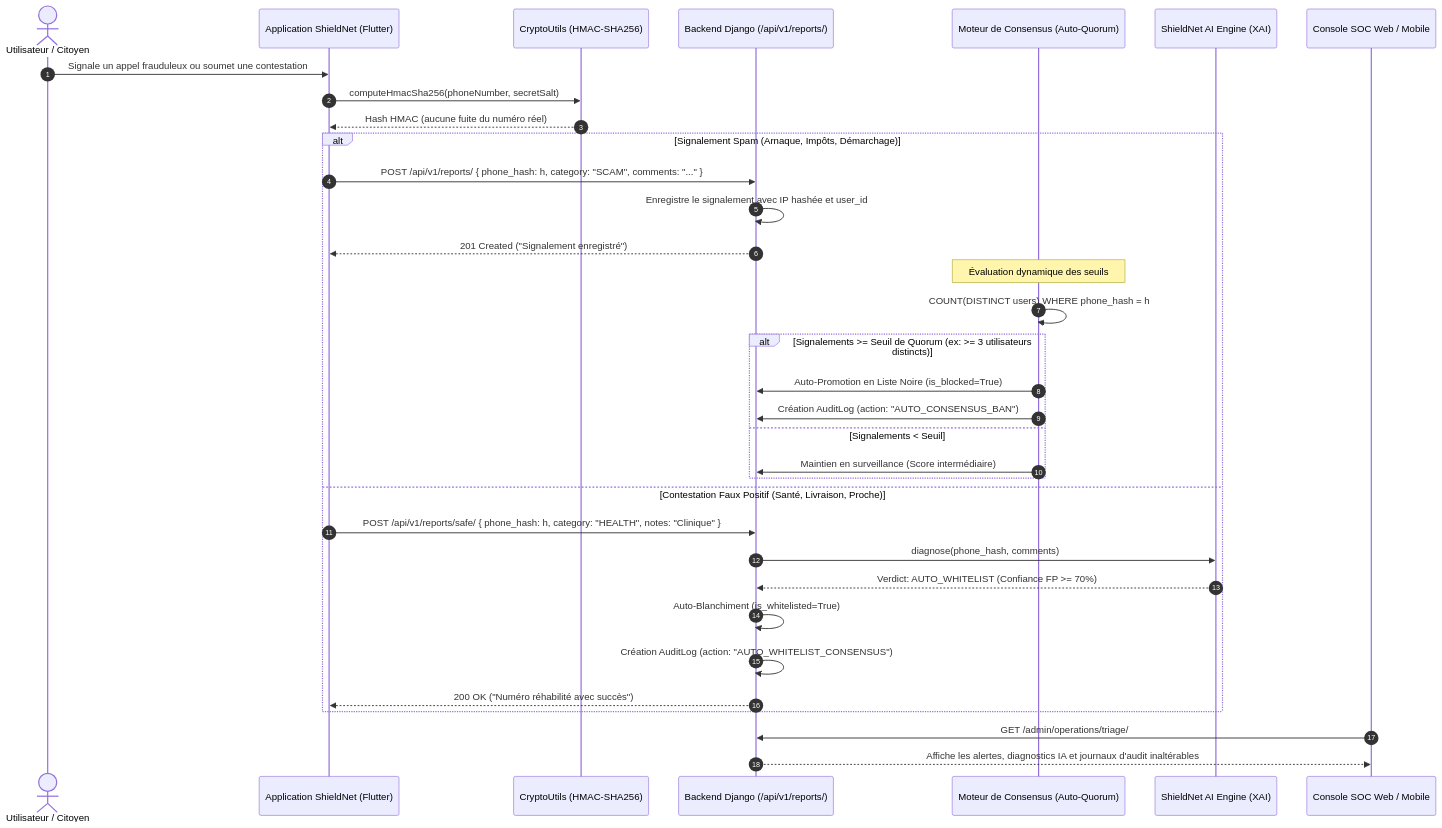
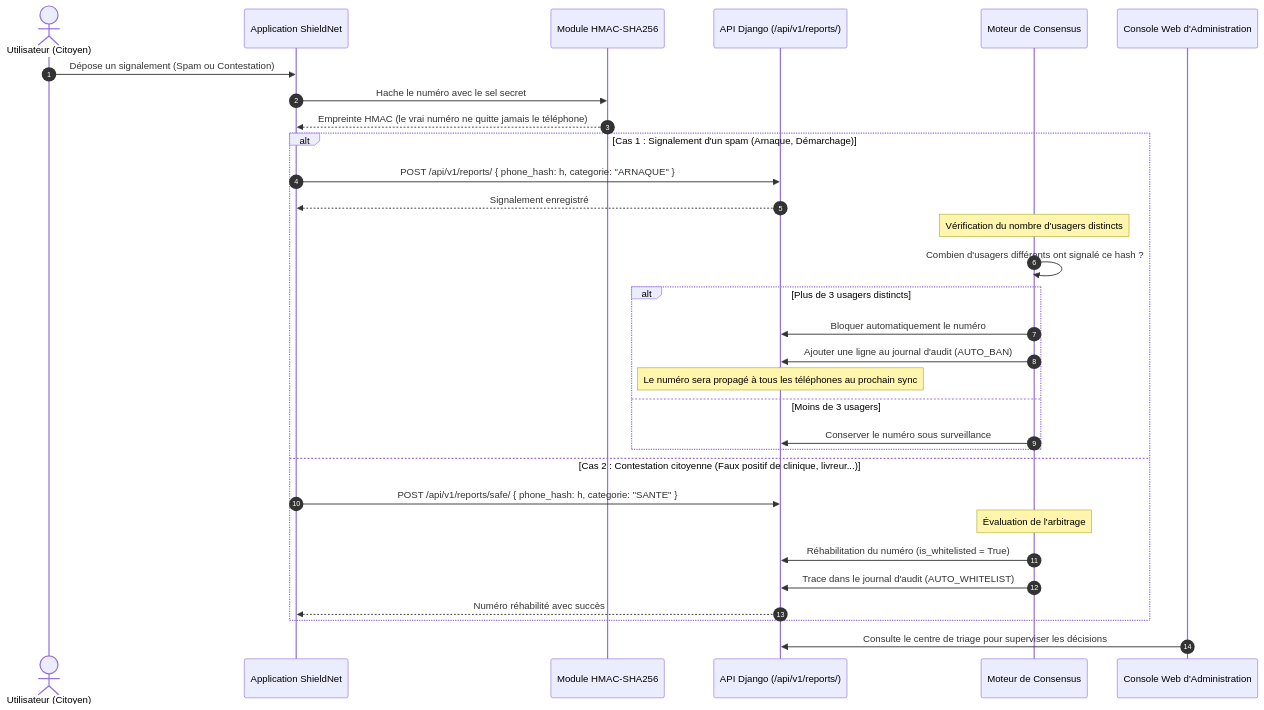
Before and after one commit to fadelilyas01/Projet-Synth-se: the seventh of 7 diagrams in docs/ARCHITECTURE_ET_CONCEPTION.md, drawn with Mermaid. The commit also changed other lines of this file and 5 other files, not shown here.

````diff
--- a/docs/ARCHITECTURE_ET_CONCEPTION.md
+++ b/docs/ARCHITECTURE_ET_CONCEPTION.md
@@ -382,41 +375,37 @@
 ```mermaid
 sequenceDiagram
     autonumber
-    actor Citizen as Utilisateur / Citoyen
-    participant App as Application ShieldNet (Flutter)
-    participant Crypto as CryptoUtils (HMAC-SHA256)
-    participant Backend as Backend Django (/api/v1/reports/)
-    participant Consensus as Moteur de Consensus (Auto-Quorum)
-    participant AI as ShieldNet AI Engine (XAI)
-    participant Admin as Console SOC Web / Mobile
+    actor Citoyen as Utilisateur (Citoyen)
+    participant App as Application ShieldNet
+    participant Crypto as Module HMAC-SHA256
+    participant Backend as API Django (/api/v1/reports/)
+    participant Consensus as Moteur de Consensus
+    participant Admin as Console Web d'Administration
 
-    Citizen->>App: Signale un appel frauduleux ou soumet une contestation
-    App->>Crypto: computeHmacSha256(phoneNumber, secretSalt)
-    Crypto-->>App: Hash HMAC (aucune fuite du numéro réel)
+    Citoyen->>App: Dépose un signalement (Spam ou Contestation)
+    App->>Crypto: Hache le numéro avec le sel secret
+    Crypto-->>App: Empreinte HMAC (le vrai numéro ne quitte jamais le téléphone)
     
-    alt Signalement Spam (Arnaque, Impôts, Démarchage)
-        App->>Backend: POST /api/v1/reports/ { phone_hash: h, category: "SCAM", comments: "..." }
-        Backend->>Backend: Enregistre le signalement avec IP hashée et user_id
-        Backend-->>App: 201 Created ("Signalement enregistré")
+    alt Cas 1 : Signalement d'un spam (Arnaque, Démarchage)
+        App->>Backend: POST /api/v1/reports/ { phone_hash: h, categorie: "ARNAQUE" }
+        Backend-->>App: Signalement enregistré
         
-        %% Moteur de Consensus
-        Note over Consensus: Évaluation dynamique des seuils
-        Consensus->>Consensus: COUNT(DISTINCT users) WHERE phone_hash = h
-        alt Signalements >= Seuil de Quorum (ex: >= 3 utilisateurs distincts)
-            Consensus->>Backend: Auto-Promotion en Liste Noire (is_blocked=True)
-            Consensus->>Backend: Création AuditLog (action: "AUTO_CONSENSUS_BAN")
-        else Signalements < Seuil
-            Consensus->>Backend: Maintien en surveillance (Score intermédiaire)
+        Note over Consensus: Vérification du nombre d'usagers distincts
+        Consensus->>Consensus: Combien d'usagers différents ont signalé ce hash ?
+        alt Plus de 3 usagers distincts
+            Consensus->>Backend: Bloquer automatiquement le numéro
+            Consensus->>Backend: Ajouter une ligne au journal d'audit (AUTO_BAN)
+            Note over Backend: Le numéro sera propagé à tous les téléphones au prochain sync
+        else Moins de 3 usagers
+            Consensus->>Backend: Conserver le numéro sous surveillance
         end
-    else Contestation Faux Positif (Santé, Livraison, Proche)
-        App->>Backend: POST /api/v1/reports/safe/ { phone_hash: h, category: "HEALTH", notes: "Clinique" }
-        Backend->>AI: diagnose(phone_hash, comments)
-        AI-->>Backend: Verdict: AUTO_WHITELIST (Confiance FP >= 70%)
-        Backend->>Backend: Auto-Blanchiment (is_whitelisted=True)
-        Backend->>Backend: Création AuditLog (action: "AUTO_WHITELIST_CONSENSUS")
-        Backend-->>App: 200 OK ("Numéro réhabilité avec succès")
+    else Cas 2 : Contestation citoyenne (Faux positif de clinique, livreur...)
+        App->>Backend: POST /api/v1/reports/safe/ { phone_hash: h, categorie: "SANTE" }
+        Note over Consensus: Évaluation de l'arbitrage
+        Consensus->>Backend: Réhabilitation du numéro (is_whitelisted = True)
+        Consensus->>Backend: Trace dans le journal d'audit (AUTO_WHITELIST)
+        Backend-->>App: Numéro réhabilité avec succès
     end
     
-    Admin->>Backend: GET /admin/operations/triage/
-    Backend-->>Admin: Affiche les alertes, diagnostics IA et journaux d'audit inaltérables
+    Admin->>Backend: Consulte le centre de triage pour superviser les décisions
 ```
````
